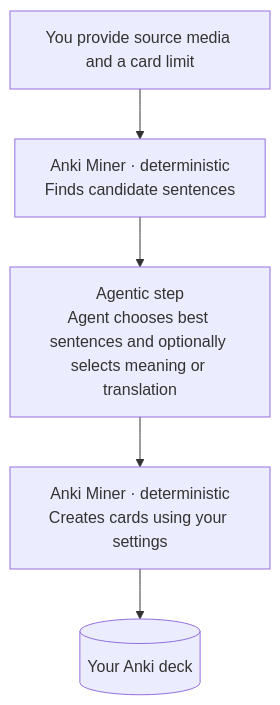
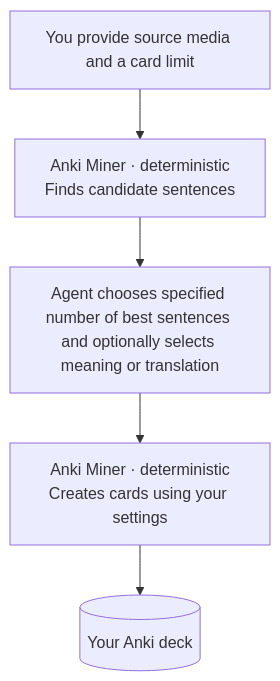
One commit to namidanokisetsu/anki_miner_agentic changed the diagram in README.md. Above: the diagram before and after it, drawn with Mermaid. The commit also changed 10 other files, not shown here.

````diff
--- a/README.md
+++ b/README.md
@@ -13,10 +13,10 @@
 ```mermaid
 flowchart TB
     U["You provide source media and a card limit"]
     D["Anki Miner · deterministic<br/>Finds candidate sentences"]
-    A["Agentic step<br/>Agent chooses best sentences and optionally selects meaning or translation"]
+    A["Agent chooses specified number of best sentences and optionally selects meaning or translation"]
     W["Anki Miner · deterministic<br/>Creates cards using your settings"]
     K[("Your Anki deck")]
 
     U --> D --> A --> W --> K
 ```
````
